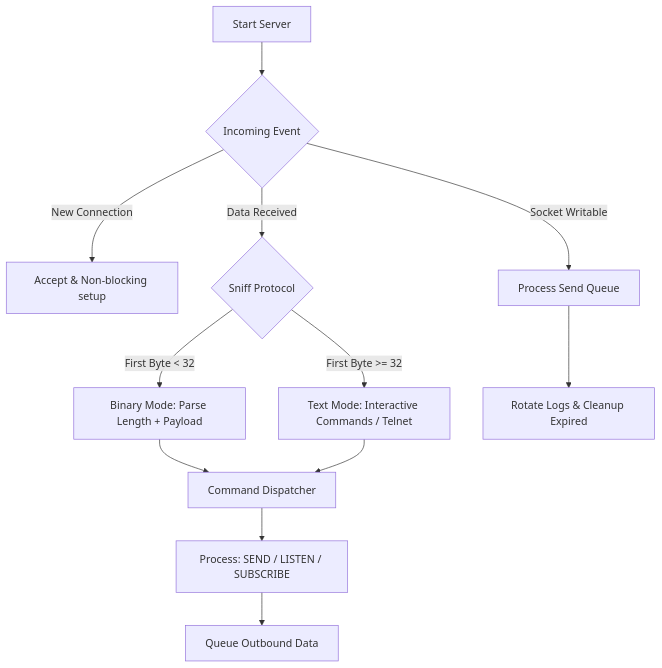
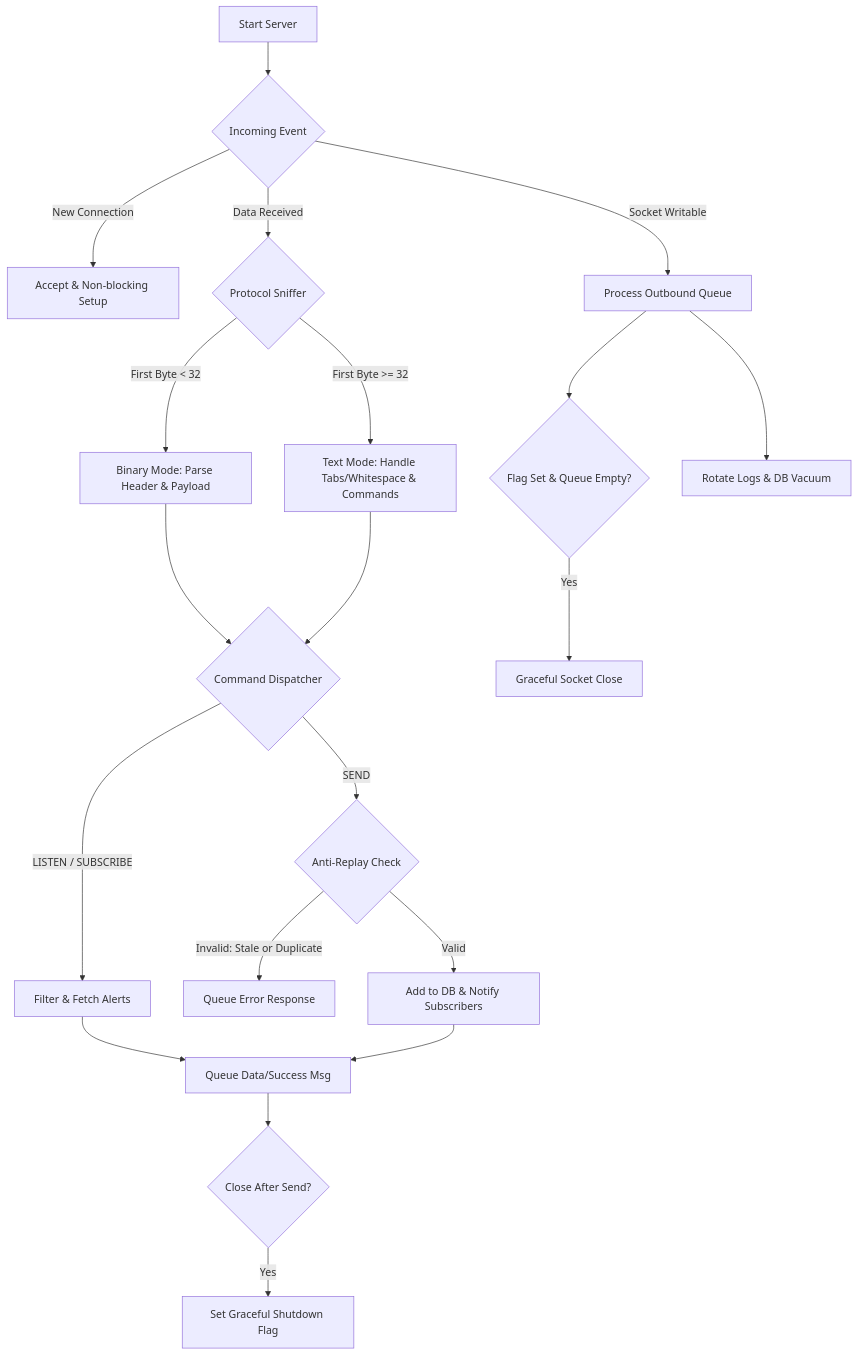
One commit to psqlmaster/gorgona changed the diagram in readme.md. Above: the diagram before and after it, drawn with Mermaid. The commit also changed other lines of this file and 4 other files, not shown here.

First line of the commit message:
feat: add anti-replay protection and graceful error reporting

````diff
--- a/readme.md
+++ b/readme.md
@@ -441,14 +447,30 @@
 ```mermaid
 graph TD
     A[Start Server] --> B{Incoming Event}
-    B -->|New Connection| C[Accept & Non-blocking setup]
-    B -->|Data Received| D{Sniff Protocol}
-    D -->|First Byte < 32| E[Binary Mode: Parse Length + Payload]
-    D -->|First Byte >= 32| F[Text Mode: Interactive Commands / Telnet]
-    E --> G[Command Dispatcher]
+    B -->|New Connection| C[Accept & Non-blocking Setup]
+    B -->|Data Received| D{Protocol Sniffer}
+
+    D -->|First Byte < 32| E[Binary Mode: Parse Header & Payload]
+    D -->|First Byte >= 32| F[Text Mode: Handle Tabs/Whitespace & Commands]
+
+    E --> G{Command Dispatcher}
     F --> G
-    G --> H[Process: SEND / LISTEN / SUBSCRIBE]
-    H --> I[Queue Outbound Data]
-    B -->|Socket Writable| J[Process Send Queue]
-    J --> K[Rotate Logs & Cleanup Expired]
+
+    G -->|SEND| H{Anti-Replay Check}
+    G -->|LISTEN / SUBSCRIBE| I[Filter & Fetch Alerts]
+
+    H -->|Invalid: Stale or Duplicate| J[Queue Error Response]
+    H -->|Valid| K[Add to DB & Notify Subscribers]
+
+    I --> L[Queue Data/Success Msg]
+    K --> L
+
+    L --> M{Close After Send?}
+    M -->|Yes| N[Set Graceful Shutdown Flag]
+
+    B -->|Socket Writable| O[Process Outbound Queue]
+    O --> P{Flag Set & Queue Empty?}
+    P -->|Yes| Q[Graceful Socket Close]
+
+    O --> R[Rotate Logs & DB Vacuum]
 ```
````
